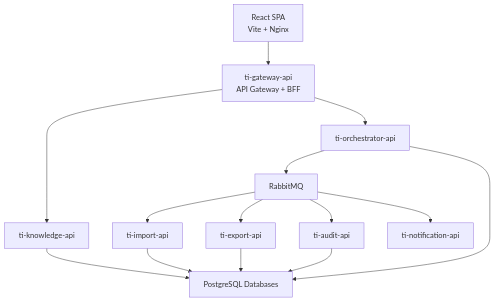
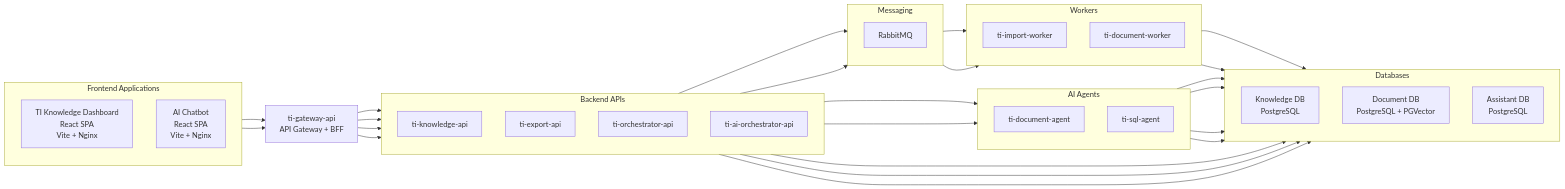
The first of 2 diagrams in README.md (MarinaPimenova/ti-gateway-api), drawn with Mermaid before and after one commit. The commit also changed other lines of this file and 36 other files, not shown here.

`````diff
--- a/README.md
+++ b/README.md
@@ -51,41 +50,72 @@
 ```mermaid
-flowchart TD
+flowchart LR
 
-    UI["React SPA<br/>Vite + Nginx"]
+    subgraph Frontends["Frontend Applications"]
+        direction TB
+        UI["TI Knowledge Dashboard<br/>React SPA<br/>Vite + Nginx"]
+        AI_Chatbot_UI["AI Chatbot<br/>React SPA<br/>Vite + Nginx"]
+    end
 
     Gateway["ti-gateway-api<br/>API Gateway + BFF"]
 
-    Knowledge["ti-knowledge-api"]
+    subgraph APIs["Backend APIs"]
+        direction TB
+        Knowledge["ti-knowledge-api"]
+        Export["ti-export-api"]
+        Orchestrator["ti-orchestrator-api"]
+        AI_Orchestrator["ti-ai-orchestrator-api"]
+    end
 
-    Orchestrator["ti-orchestrator-api"]
+    subgraph Messaging["Messaging"]
+        direction TB
+        Rabbit["RabbitMQ"]
+    end
 
-    Import["ti-import-api"]
+    subgraph Agents["AI Agents"]
+        direction TB
+        Document_Agent["ti-document-agent"]
+        SQL_Agent["ti-sql-agent"]
+    end
 
-    Export["ti-export-api"]
+    subgraph Workers["Workers"]
+        direction TB
+        Import["ti-import-worker"]
+        Document_Worker["ti-document-worker"]
+    end
 
-    Audit["ti-audit-api"]
-
-    Notification["ti-notification-api"]
-
-    Rabbit["RabbitMQ"]
-
-    DB["PostgreSQL Databases"]
+    subgraph Databases["Databases"]
+        direction TB
+        Knowledge_DB["Knowledge DB<br/>PostgreSQL"]
+        Document_DB["Document DB<br/>PostgreSQL + PGVector"]
+        Assistant_DB["Assistant DB<br/>PostgreSQL"]
+    end
 
     UI --> Gateway
+    AI_Chatbot_UI --> Gateway
 
     Gateway --> Knowledge
+    Gateway --> Export
     Gateway --> Orchestrator
+    Gateway --> AI_Orchestrator
 
     Orchestrator --> Rabbit
+    AI_Orchestrator --> Rabbit
 
     Rabbit --> Import
-    Rabbit --> Export
-    Rabbit --> Audit
-    Rabbit --> Notification
+    Rabbit --> Document_Worker
 
-    Knowledge --> DB
-    Import --> DB
-    Export --> DB
-    Orchestrator --> DB
-    Audit --> DB
-````
+    AI_Orchestrator --> Document_Agent
+    AI_Orchestrator --> SQL_Agent
+
+    Knowledge --> Knowledge_DB
+    Export --> Knowledge_DB
+    Import --> Knowledge_DB
+    SQL_Agent --> Knowledge_DB
+
+    Document_Worker --> Document_DB
+    Document_Agent --> Document_DB
+
+    AI_Orchestrator --> Assistant_DB
+    Document_Agent --> Assistant_DB
+    SQL_Agent --> Assistant_DB
+```
`````
